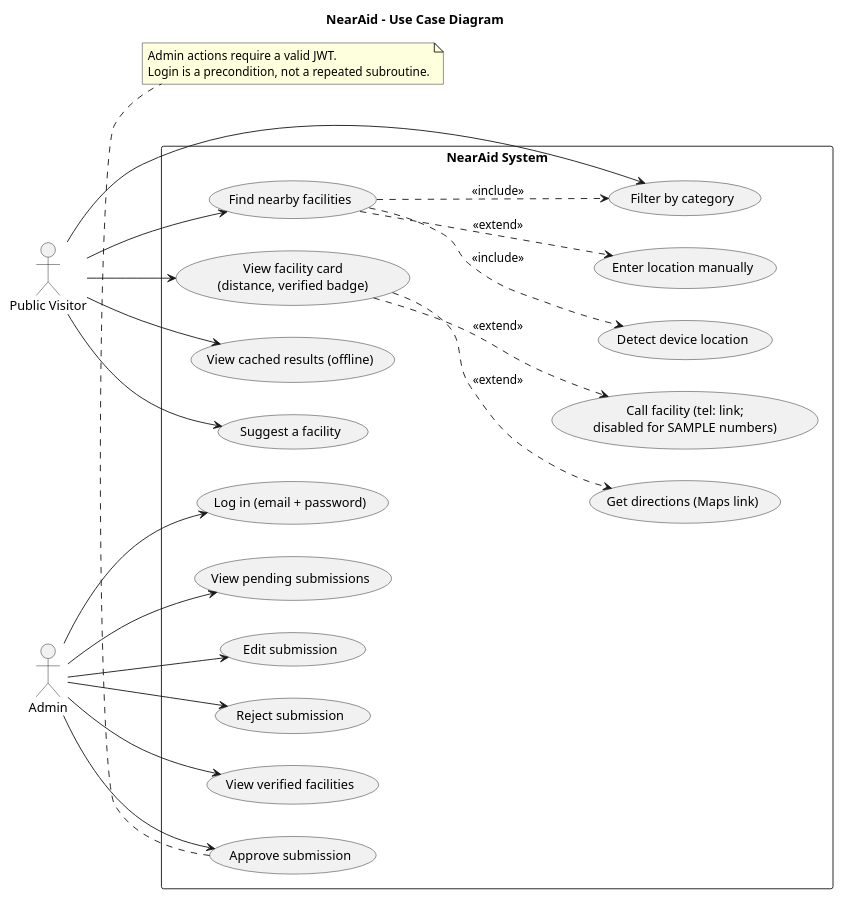
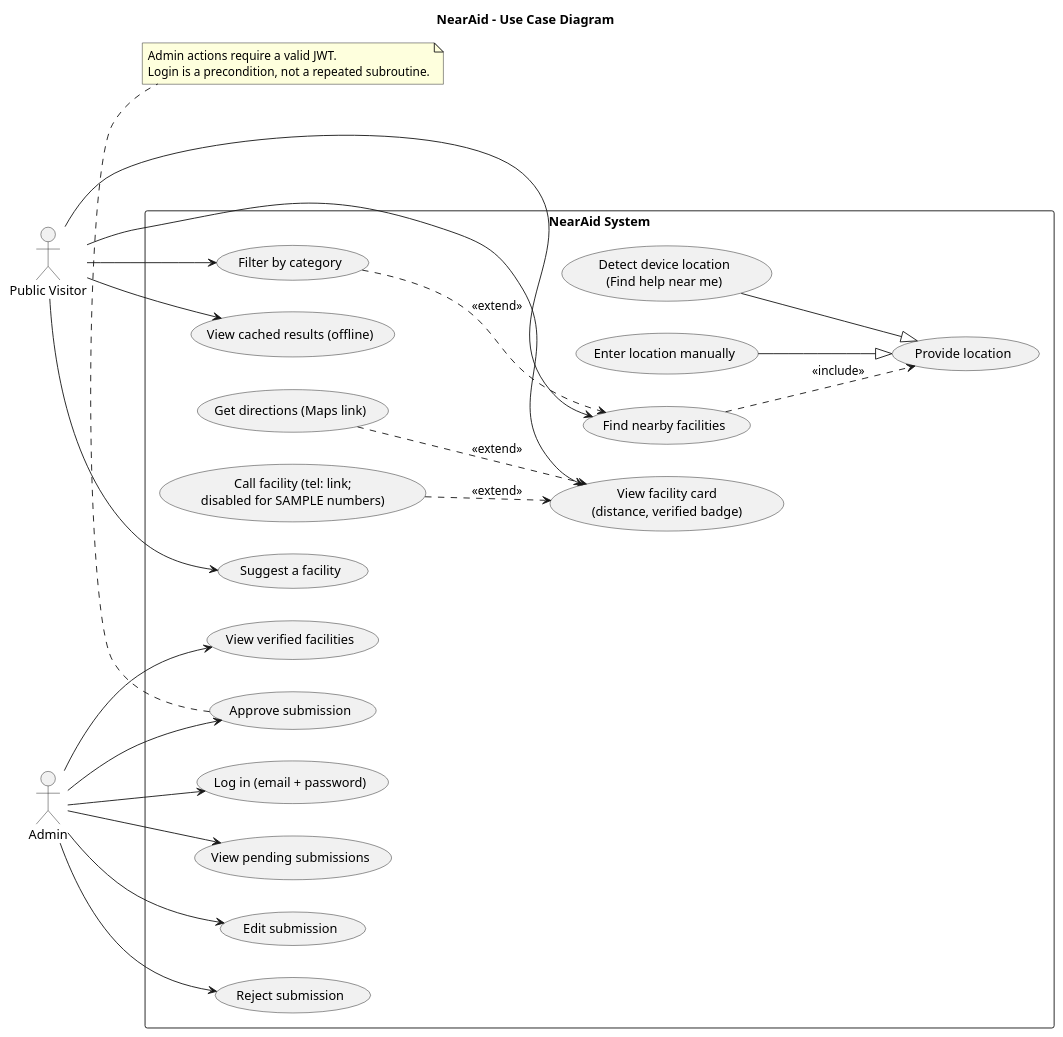
The diagram in docs/diagrams/sources/use-case.puml (kgvishnuvardhan22-lab/nearaid), drawn with PlantUML before and after one commit.

Commit message:
docs: update use-case source to match corrected render

```diff
--- a/docs/diagrams/sources/use-case.puml
+++ b/docs/diagrams/sources/use-case.puml
@@ -1,50 +1,52 @@
 @startuml NearAid-UseCase
 left to right direction
 skinparam packageStyle rectangle
 title NearAid - Use Case Diagram
 
 actor "Public Visitor" as visitor
 actor "Admin" as admin
 
 rectangle "NearAid System" {
   usecase "Find nearby facilities" as UC1
-  usecase "Detect device location" as UC1a
+  usecase "Provide location" as UC1p
+  usecase "Detect device location\n(Find help near me)" as UC1a
   usecase "Enter location manually" as UC1b
   usecase "Filter by category" as UC2
   usecase "View facility card\n(distance, verified badge)" as UC3
   usecase "Call facility (tel: link;\ndisabled for SAMPLE numbers)" as UC4
   usecase "Get directions (Maps link)" as UC5
   usecase "View cached results (offline)" as UC6
   usecase "Suggest a facility" as UC7
 
   usecase "Log in (email + password)" as UC8
   usecase "View pending submissions" as UC9
   usecase "Approve submission" as UC10
   usecase "Edit submission" as UC11
   usecase "Reject submission" as UC12
   usecase "View verified facilities" as UC13
 }
 
 visitor --> UC1
 visitor --> UC2
 visitor --> UC3
 visitor --> UC6
 visitor --> UC7
 
-UC1 ..> UC1a : <<include>>
-UC1 ..> UC1b : <<extend>>
-UC1 ..> UC2 : <<include>>
-UC3 ..> UC4 : <<extend>>
-UC3 ..> UC5 : <<extend>>
+UC1 ..> UC1p : <<include>>
+UC1a --|> UC1p
+UC1b --|> UC1p
+UC2 ..> UC1 : <<extend>>
+UC4 ..> UC3 : <<extend>>
+UC5 ..> UC3 : <<extend>>
 
 admin --> UC8
 admin --> UC9
 admin --> UC13
 admin --> UC10
 admin --> UC11
 admin --> UC12
 note bottom of UC10
   Admin actions require a valid JWT.
   Login is a precondition, not a repeated subroutine.
 end note
 @enduml
```
